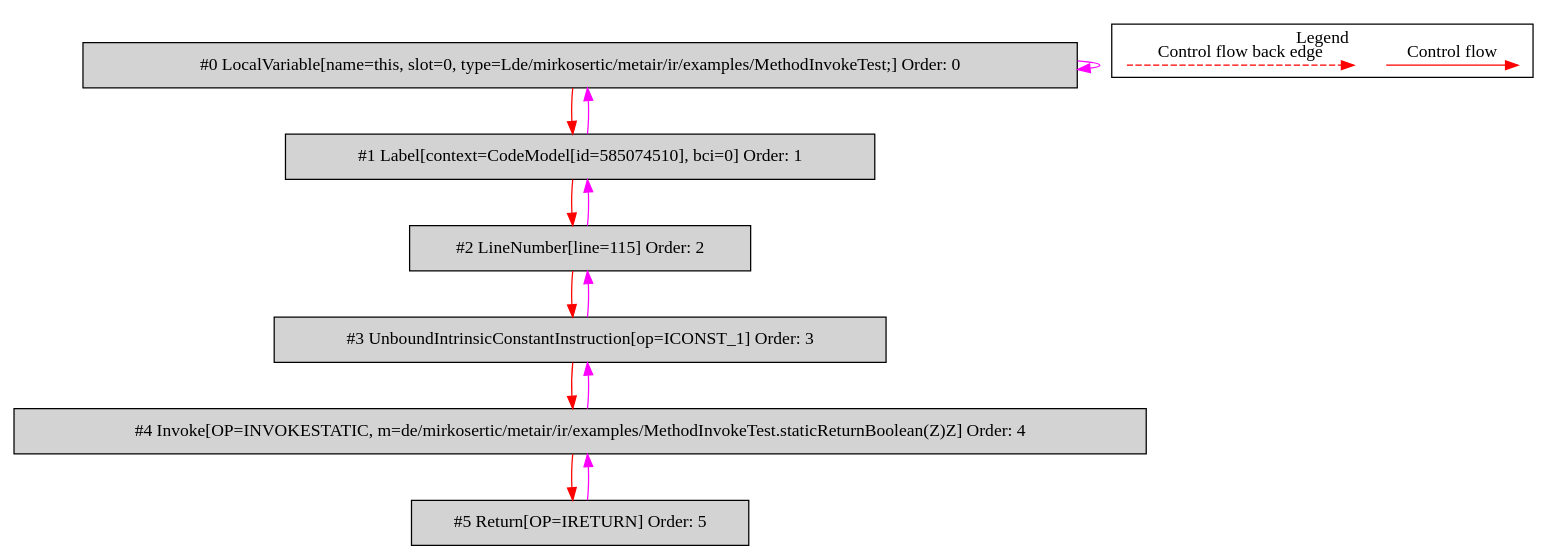
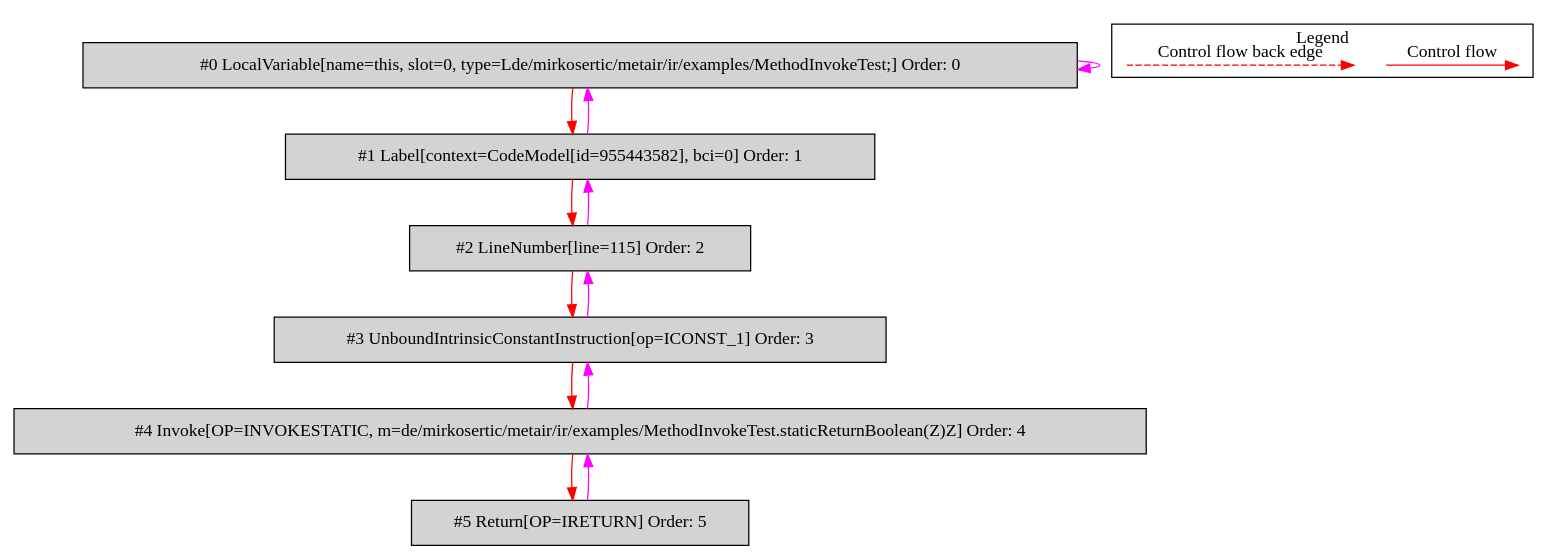
The diagram in de.mirkosertic.metair.ir.examples.MethodInvokeTest/returnBoolean/bytecodecfg.dot (mirkosertic/MetaIR), drawn with Graphviz before and after one commit. The commit also changed 465 other files, not shown here.

```diff
--- a/de.mirkosertic.metair.ir.examples.MethodInvokeTest/returnBoolean/bytecodecfg.dot
+++ b/de.mirkosertic.metair.ir.examples.MethodInvokeTest/returnBoolean/bytecodecfg.dot
@@ -1,34 +1,34 @@
 digraph {
  ordering="in";
  node0[label="#0 LocalVariable[name=this, slot=0, type=Lde/mirkosertic/metair/ir/examples/MethodInvokeTest;] Order: 0", shape=box, fillcolor=lightgrey, style=filled];
- node1[label="#1 Label[context=CodeModel[id=585074510], bci=0] Order: 1", shape=box, fillcolor=lightgrey, style=filled];
+ node1[label="#1 Label[context=CodeModel[id=955443582], bci=0] Order: 1", shape=box, fillcolor=lightgrey, style=filled];
  node2[label="#2 LineNumber[line=115] Order: 2", shape=box, fillcolor=lightgrey, style=filled];
  node3[label="#3 UnboundIntrinsicConstantInstruction[op=ICONST_1] Order: 3", shape=box, fillcolor=lightgrey, style=filled];
  node4[label="#4 Invoke[OP=INVOKESTATIC, m=de/mirkosertic/metair/ir/examples/MethodInvokeTest.staticReturnBoolean(Z)Z] Order: 4", shape=box, fillcolor=lightgrey, style=filled];
  node5[label="#5 Return[OP=IRETURN] Order: 5", shape=box, fillcolor=lightgrey, style=filled];
  node0 -> node0[color=fuchsia];
  node0 -> node1[color=red];
  node1 -> node0[color=fuchsia];
  node1 -> node2[color=red];
  node2 -> node1[color=fuchsia];
  node2 -> node3[color=red];
  node3 -> node2[color=fuchsia];
  node3 -> node4[color=red];
  node4 -> node3[color=fuchsia];
  node4 -> node5[color=red];
  node5 -> node4[color=fuchsia];
  subgraph cluster_000 {
   label = "Legend";
   node [shape=point]
   {
    rank=same;
    c0 [style = invis];
    c1 [style = invis];
    c2 [style = invis];
    c3 [style = invis];
   }
   c0 -> c1 [label="Control flow", style=solid, color=red]
   c2 -> c3 [label="Control flow back edge", style=dashed, color=red]
  }
 
 }
```
